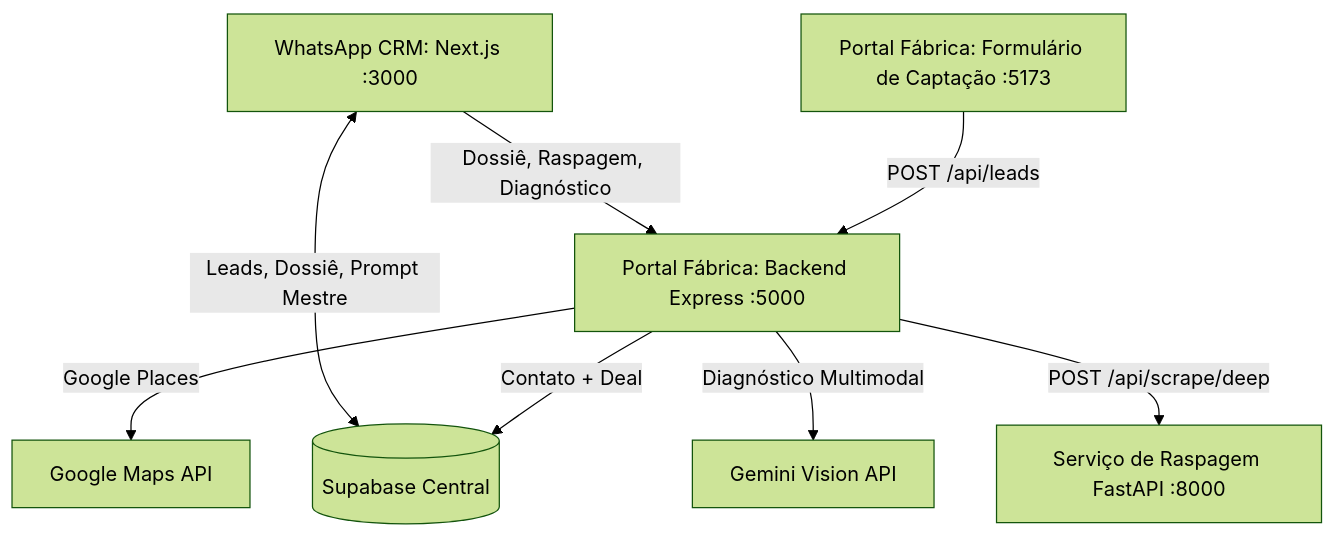
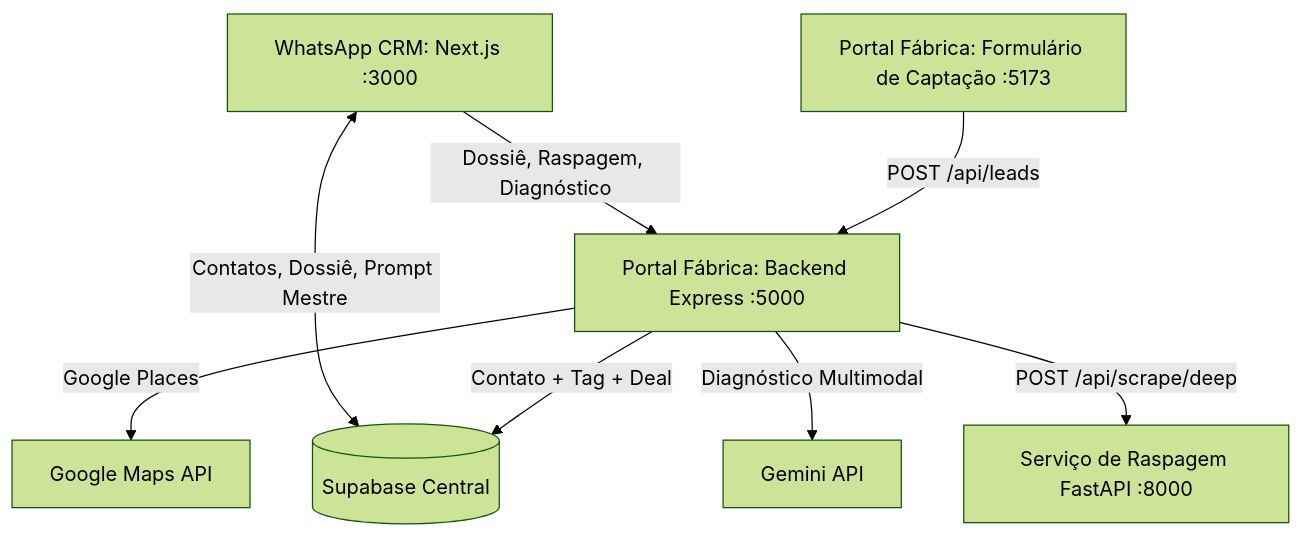
The diagram in README.md (Emerson018/website_agent_orchestration), drawn with Mermaid (forest theme) before and after one commit. The commit also changed other lines of this file, not shown here.

````diff
--- a/README.md
+++ b/README.md
@@ -17,10 +17,10 @@
 ```mermaid
 graph TD
     P[Portal Fábrica: Formulário de Captação :5173] -->|POST /api/leads| B[Portal Fábrica: Backend Express :5000]
-    B -->|Contato + Deal| E[(Supabase Central)]
-    A[WhatsApp CRM: Next.js :3000] <-->|Leads, Dossiê, Prompt Mestre| E
+    B -->|Contato + Tag + Deal| E[(Supabase Central)]
+    A[WhatsApp CRM: Next.js :3000] <-->|Contatos, Dossiê, Prompt Mestre| E
     A -->|Dossiê, Raspagem, Diagnóstico| B
     B -->|Google Places| G[Google Maps API]
-    B -->|Diagnóstico Multimodal| M[Gemini Vision API]
+    B -->|Diagnóstico Multimodal| M[Gemini API]
     B -->|POST /api/scrape/deep| C[Serviço de Raspagem FastAPI :8000]
 ```
````
